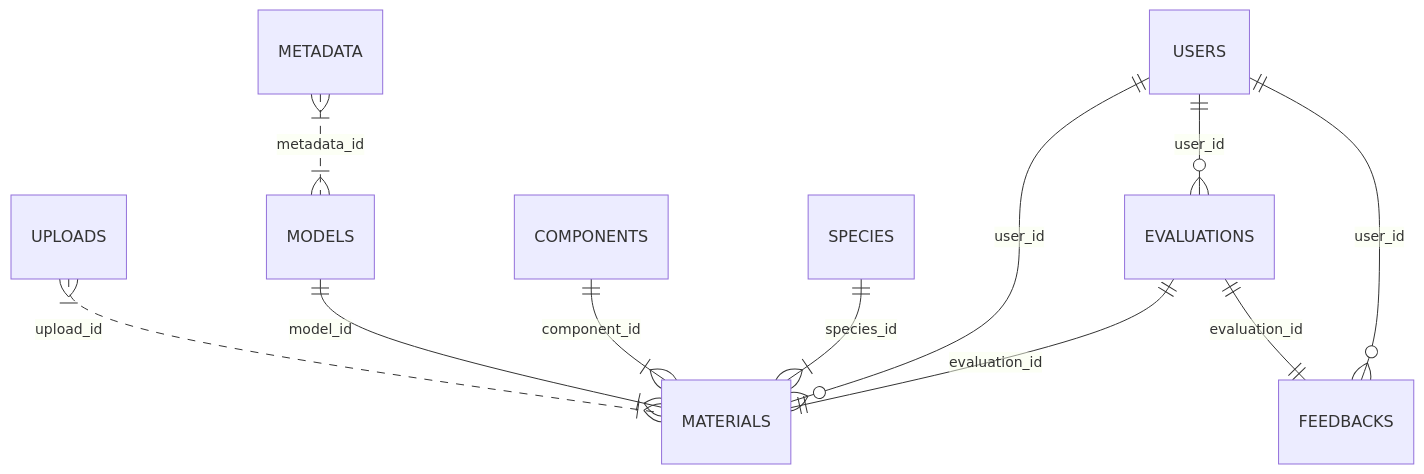
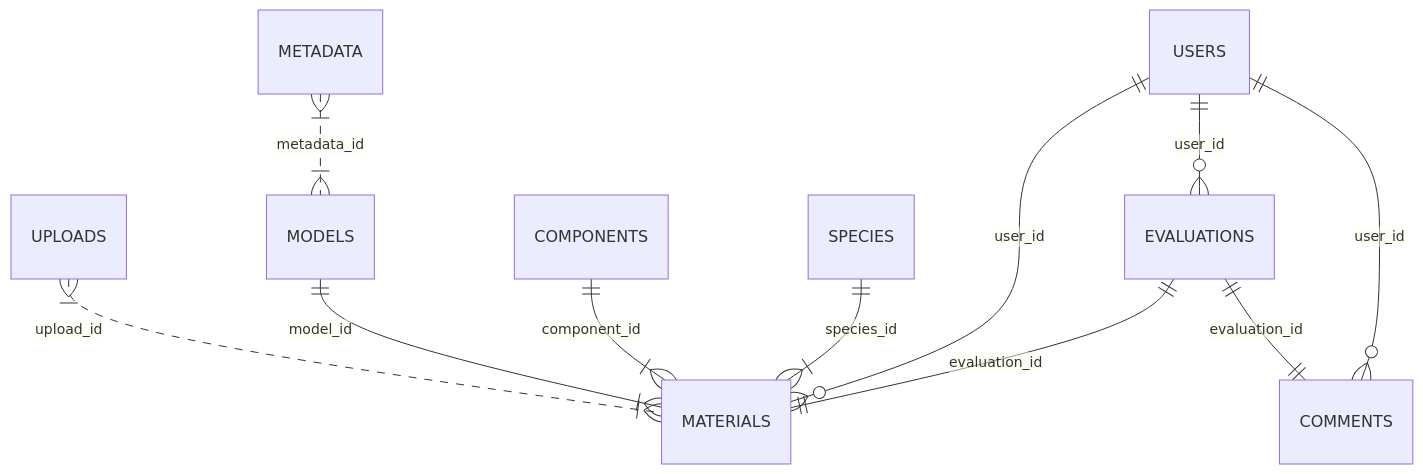
One commit to LandSciTech/sdmEvaluationTool changed the diagram in docs/README.md. Above: the diagram before and after it, drawn with Mermaid.

Commit message:
Use COMMENTS

````diff
--- a/docs/README.md
+++ b/docs/README.md
@@ -5,15 +5,15 @@
 ```mermaid
 erDiagram
     UPLOADS }|..|{ MATERIALS : upload_id
     METADATA }|..|{ MODELS : metadata_id
     COMPONENTS ||--|{ MATERIALS : component_id
 
     MODELS ||--|{ MATERIALS : model_id
     SPECIES ||--|{ MATERIALS : species_id
     USERS ||--o{ MATERIALS : user_id
 
     USERS ||--o{ EVALUATIONS : user_id
-    USERS ||--o{ FEEDBACKS : user_id
+    USERS ||--o{ COMMENTS : user_id
     EVALUATIONS ||--|| MATERIALS : evaluation_id
-    EVALUATIONS ||--|| FEEDBACKS : evaluation_id
+    EVALUATIONS ||--|| COMMENTS : evaluation_id
 ```
````
